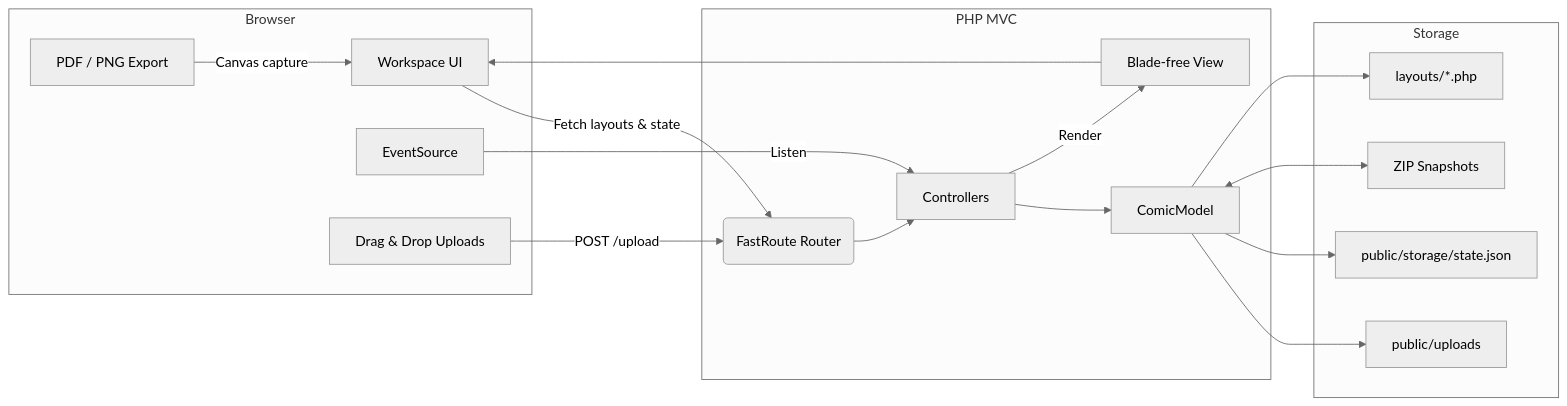
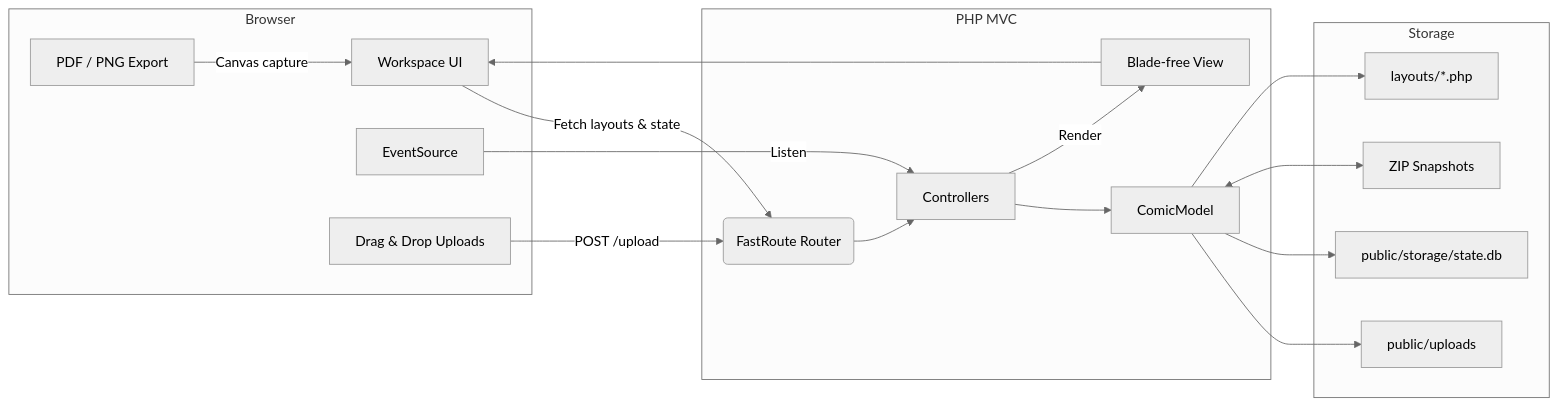
Before and after one commit to djav1985/v-comic-layout-designer: the diagram in README.md, drawn with Mermaid (neutral theme). The commit also changed other lines of this file and 1 other file, not shown here.

````diff
--- a/README.md
+++ b/README.md
@@ -41,33 +53,33 @@
 ```mermaid
 flowchart LR
     subgraph Browser
         UI[Workspace UI]
         SSE[EventSource]
         Uploads[Drag & Drop Uploads]
         Exports[PDF / PNG Export]
     end
 
     subgraph PHP MVC
         Router(FastRoute Router)
         Controllers
         Model[ComicModel]
         Views[Blade-free View]
     end
 
     subgraph Storage
         UploadDir[public/uploads]
-        StateJson[public/storage/state.json]
+        StateDb[public/storage/state.db]
         Snapshots[ZIP Snapshots]
         Layouts[layouts/*.php]
     end
 
     UI -->|Fetch layouts & state| Router --> Controllers --> Model
     SSE -->|Listen| Controllers
     Uploads -->|POST /upload| Router
     Controllers -->|Render| Views --> UI
     Model --> UploadDir
-    Model --> StateJson
+    Model --> StateDb
     Model <--> Snapshots
     Model --> Layouts
     Exports -->|Canvas capture| UI
 ```
````
